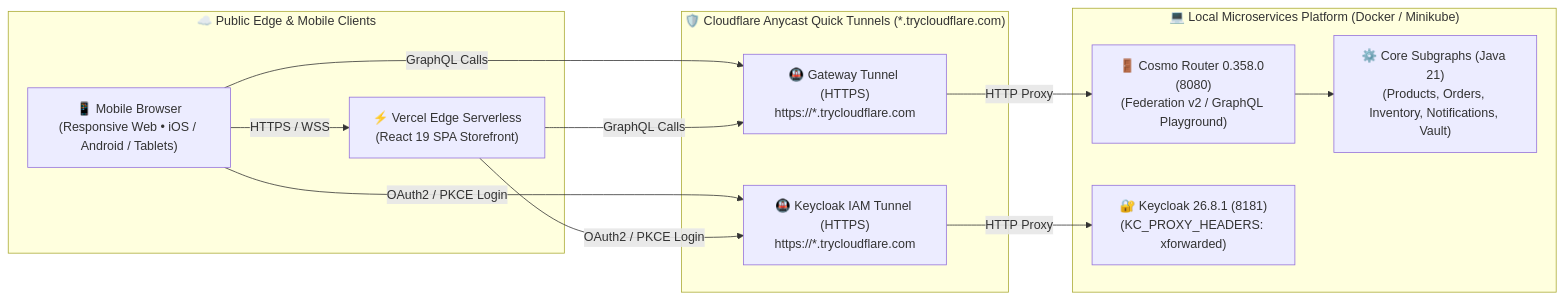
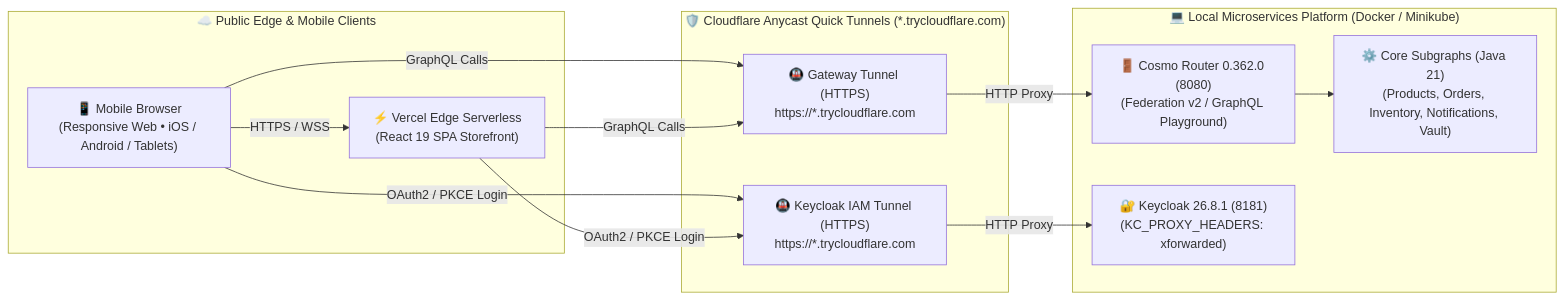
Before and after one commit to GeorgeGxx/microservices-architecture: the sixth of 7 diagrams in docs/01-architecture/ARCHITECTURE.md, drawn with Mermaid. The commit also changed other lines of this file and 27 other files, not shown here.

````diff
--- a/docs/01-architecture/ARCHITECTURE.md
+++ b/docs/01-architecture/ARCHITECTURE.md
@@ -632,25 +633,25 @@
 ```mermaid
 graph LR
     subgraph PublicInternet ["☁️ Public Edge & Mobile Clients"]
         Mobile["📱 Mobile Browser<br/>(Responsive Web • iOS / Android / Tablets)"]
         Vercel["⚡ Vercel Edge Serverless<br/>(React 19 SPA Storefront)"]
     end
 
     subgraph CloudflareEdge ["🛡️ Cloudflare Anycast Quick Tunnels (*.trycloudflare.com)"]
         CFTunnel1["🚇 Gateway Tunnel (HTTPS)<br/>https://*.trycloudflare.com"]
         CFTunnel2["🚇 Keycloak IAM Tunnel (HTTPS)<br/>https://*.trycloudflare.com"]
     end
 
     subgraph LocalInfrastructure ["💻 Local Microservices Platform (Docker / Minikube)"]
-        APIGW["🚪 Cosmo Router 0.358.0 (8080)<br/>(Federation v2 / GraphQL Playground)"]
+        APIGW["🚪 Cosmo Router 0.362.0 (8080)<br/>(Federation v2 / GraphQL Playground)"]
         Keycloak["🔐 Keycloak 26.8.1 (8181)<br/>(KC_PROXY_HEADERS: xforwarded)"]
         Microservices["⚙️ Core Subgraphs (Java 21)<br/>(Products, Orders, Inventory, Notifications, Vault)"]
     end
 
     Mobile -->|HTTPS / WSS| Vercel
     Mobile & Vercel -->|GraphQL Calls| CFTunnel1
     Mobile & Vercel -->|OAuth2 / PKCE Login| CFTunnel2
     CFTunnel1 -->|HTTP Proxy| APIGW
     CFTunnel2 -->|HTTP Proxy| Keycloak
     APIGW --> Microservices
 ```
````
